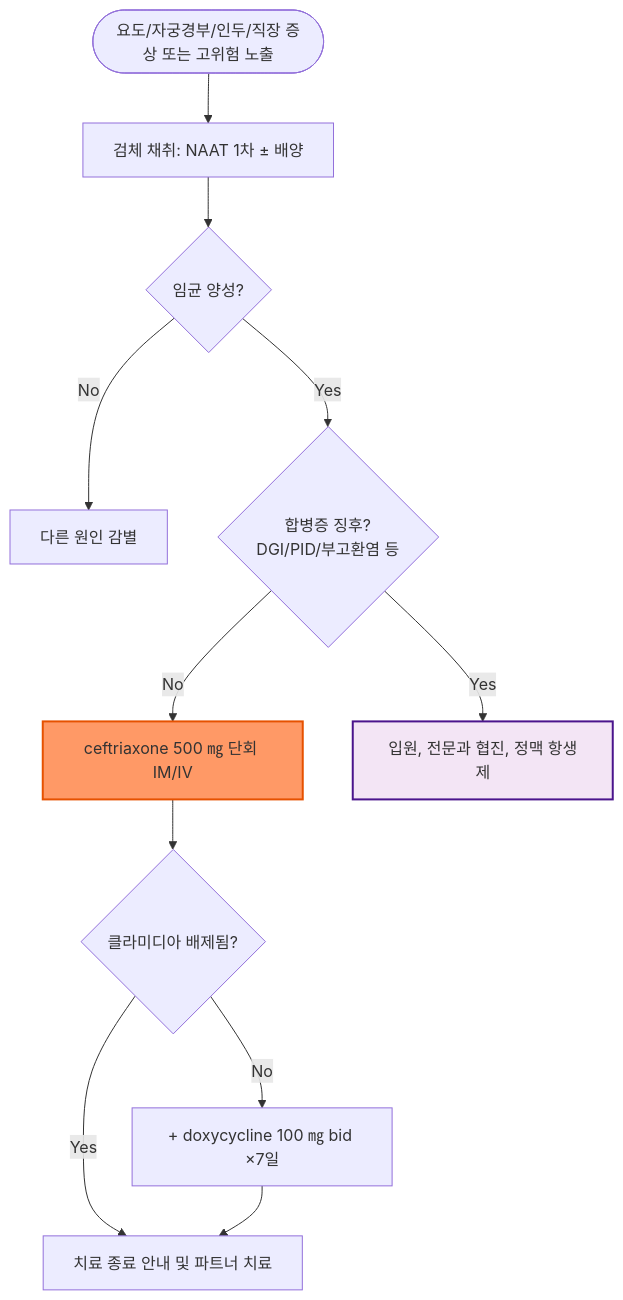
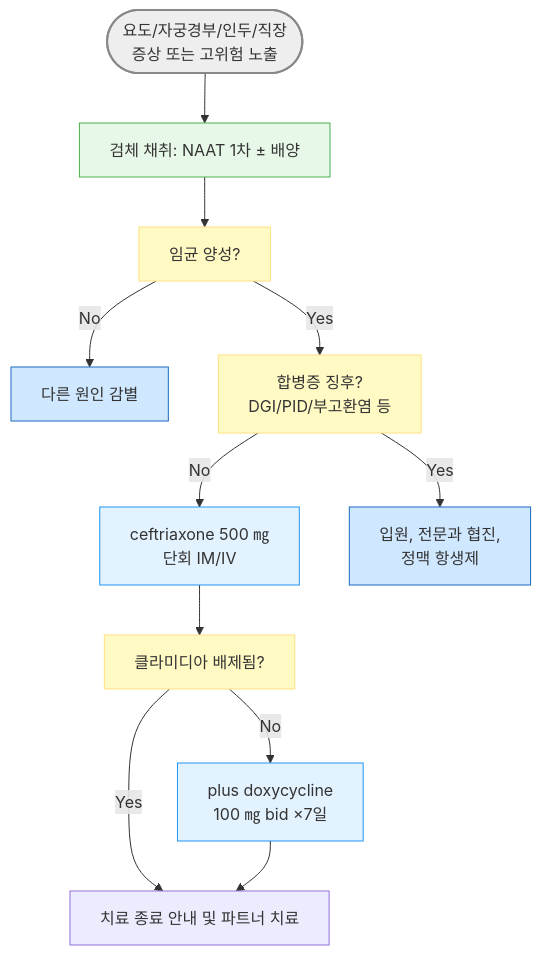
The diagram in 227_/115_-2.gonorrhea.md (familyoh77/familyoh77), drawn with Mermaid before and after one commit. The commit also changed other lines of this file, not shown here.

Commit message:
GITBOOK-1328: No subject

````diff
--- a/227_/115_-2.gonorrhea.md
+++ b/227_/115_-2.gonorrhea.md
@@ -102,15 +102,23 @@
 ```mermaid
 graph TD
-    A([요도/자궁경부/인두/직장 증상 또는 고위험 노출]) --> B[검체 채취: NAAT 1차 ± 배양]
-    B --> C{임균 양성?}
+    A([요도/자궁경부/인두/직장 <br/>증상 또는 고위험 노출]) 
+--> B[검체 채취: NAAT 1차 ± 배양]
+    B --> C[임균 양성?]
     C -- No --> D[다른 원인 감별]
-    C -- Yes --> E{합병증 징후?<br>DGI/PID/부고환염 등}
-    E -- No --> F[ceftriaxone 500 ㎎ 단회 IM/IV]
-    E -- Yes --> G[입원, 전문과 협진, 정맥 항생제]
-    F --> H{클라미디아 배제됨?}
-    H -- No --> I[+ doxycycline 100 ㎎ bid ×7일]
+    C -- Yes --> E[합병증 징후?<br>DGI/PID/부고환염 등]
+    E -- No --> F[ceftriaxone 500 ㎎ <br>단회 IM/IV]
+    E -- Yes --> G[입원, 전문과 협진, <br>정맥 항생제]
+    F --> H[클라미디아 배제됨?]
+    H -- No --> I[plus doxycycline <br>100 ㎎ bid ×7일]
     H -- Yes --> J[치료 종료 안내 및 파트너 치료]
     I --> J
-    style F fill:#f96,stroke:#e65100,stroke-width:2px
-    style G fill:#f3e5f5,stroke:#4a148c,stroke-width:2px
+
+style A fill:#eeeeee,stroke:#888888,stroke-width:2px
+classDef yellow fill:#fff9c4,stroke:#ffe082
+class C,E,H yellow
+style B fill:#e8f8e8,stroke:#4caf50
+classDef blue fill:#d0e8ff,stroke:#1a6abf
+class D,G blue
+classDef sky fill:#e3f2ff,stroke:#2196f3
+class I,F sky
 ```
````
